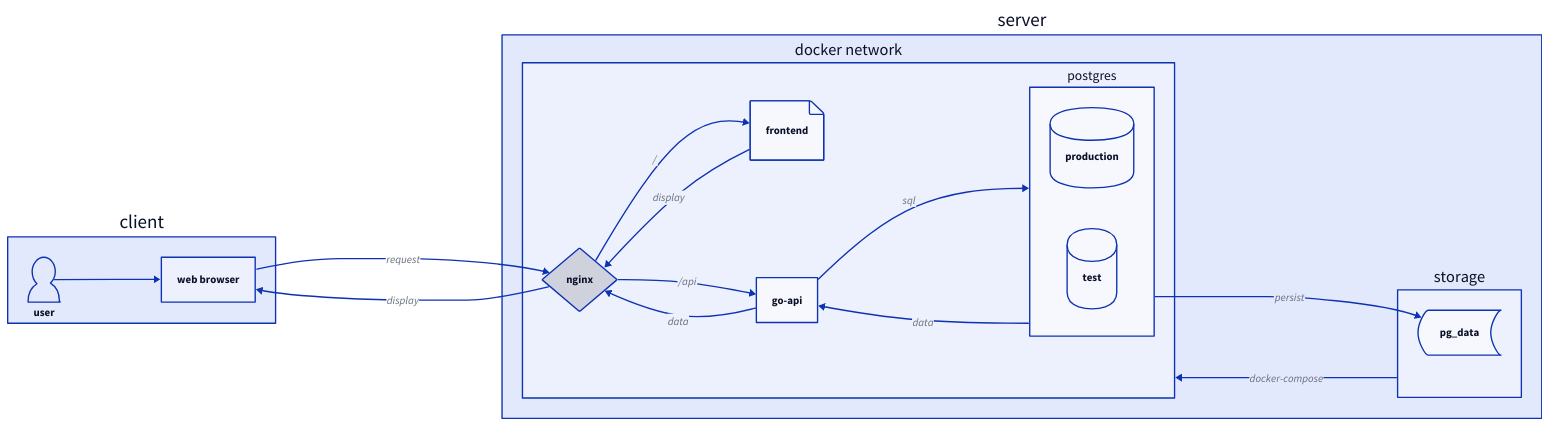
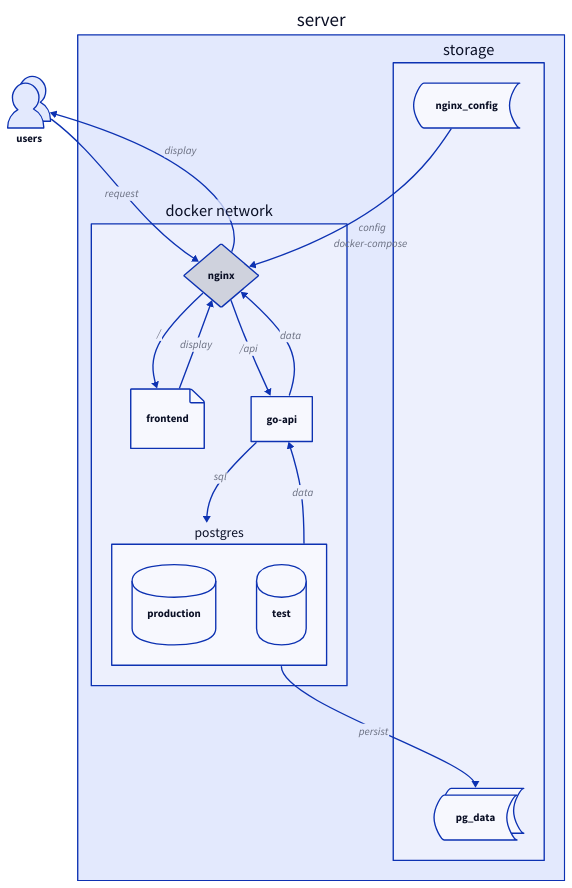
Before and after one commit to jakesmith-101/psychic-waffle: the diagram in plan.d2, drawn with D2.

Commit message:
styling tweaks

```diff
--- a/plan.d2
+++ b/plan.d2
@@ -1,45 +1,47 @@
 # Root
-client: {
-  user: {
-    shape: person
-  }
-  user -> web browser
+users: {
+  shape: person
+  style.multiple: true
 }
 
 server: {
   docker network: {
     nginx: {
       shape: diamond
     }
     frontend: {
       shape: page
     }
     go-api
 
     postgres: {
       production: {
         shape: cylinder
       }
       test: {
         shape: cylinder
       }
     }
 
     nginx -> go-api: /api
     nginx -> frontend: /
     go-api -> postgres: sql
 
     postgres -> go-api -> nginx: data
   }
   storage: {
     pg_data: {
       shape: stored_data
+      style.multiple: true
+    }
+    nginx_config: {
+      shape: stored_data
     }
   }
   docker network.postgres -> storage.pg_data: persist
+  storage.nginx_config -> docker network.nginx: config
   storage -> docker network: docker-compose
 }
 
-client.web browser -> server.docker network.nginx: request
-server.docker network.frontend -> server.docker network.nginx -> client.web browser: display
-direction: right
+users -> server.docker network.nginx: request
+server.docker network.frontend -> server.docker network.nginx -> users: display
```
